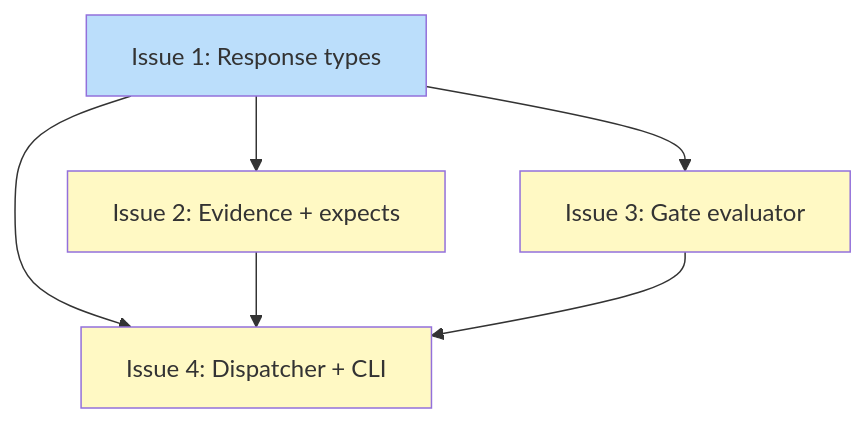
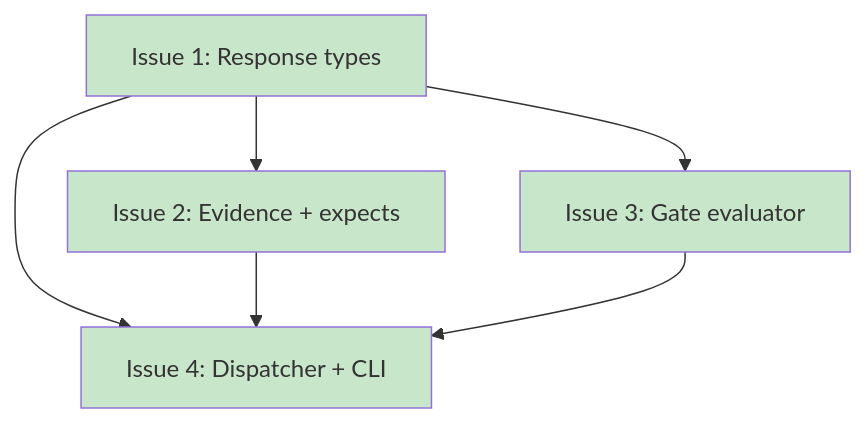
One commit to tsukumogami/koto changed the diagram in docs/plans/PLAN-koto-cli-output-contract.md. Above: the diagram before and after it, drawn with Mermaid. The commit also changed 25 other files, not shown here.

````diff
--- a/docs/plans/PLAN-koto-cli-output-contract.md
+++ b/docs/plans/PLAN-koto-cli-output-contract.md
@@ -123,26 +123,25 @@
 ```mermaid
 graph TD
     I1["Issue 1: Response types"]
     I2["Issue 2: Evidence + expects"]
     I3["Issue 3: Gate evaluator"]
     I4["Issue 4: Dispatcher + CLI"]
 
     I1 --> I2
     I1 --> I3
     I1 --> I4
     I2 --> I4
     I3 --> I4
 
     classDef done fill:#c8e6c9
     classDef ready fill:#bbdefb
     classDef blocked fill:#fff9c4
     classDef needsDesign fill:#e1bee7
     classDef needsPrd fill:#b3e5fc
     classDef needsSpike fill:#ffcdd2
     classDef needsDecision fill:#d1c4e9
     classDef tracksDesign fill:#FFE0B2,stroke:#F57C00,color:#000
     classDef tracksPlan fill:#FFE0B2,stroke:#F57C00,color:#000
 
-    class I1 ready
-    class I2,I3,I4 blocked
+    class I1,I2,I3,I4 done
 ```
````
